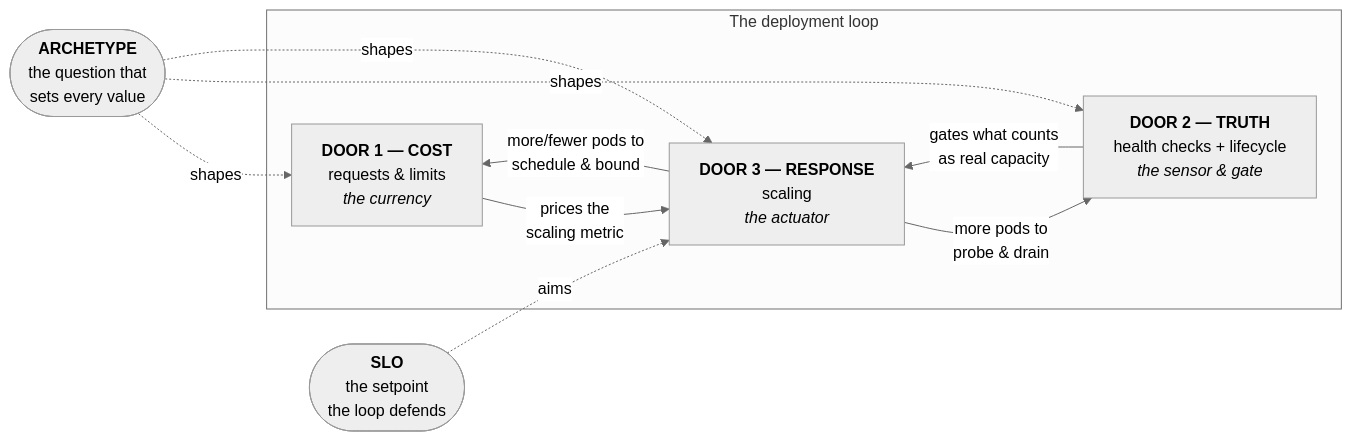
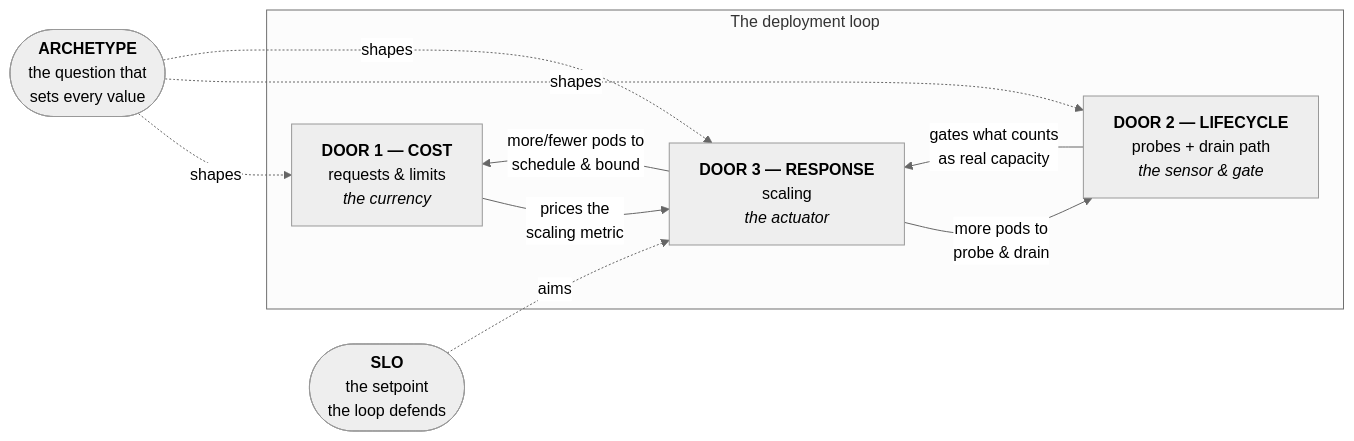
One commit to jamiegunn/k8s_soup_to_nuts changed the first of 4 diagrams in src/content/docs/start/three-doors.md. Above: the diagram before and after it, drawn with Mermaid (neutral theme). The commit also changed other lines of this file and 5 other files, not shown here.

First line of the commit message:
Rename Door 2 from "Truth" to "Lifecycle"

````diff
--- a/src/content/docs/start/three-doors.md
+++ b/src/content/docs/start/three-doors.md
@@ -44,18 +44,18 @@
 ```mermaid
 flowchart LR
     subgraph loop["The deployment loop"]
         cost["<b>DOOR 1 — COST</b><br/>requests & limits<br/><i>the currency</i>"]
-        truth["<b>DOOR 2 — TRUTH</b><br/>health checks + lifecycle<br/><i>the sensor &amp; gate</i>"]
+        life["<b>DOOR 2 — LIFECYCLE</b><br/>probes + drain path<br/><i>the sensor &amp; gate</i>"]
         resp["<b>DOOR 3 — RESPONSE</b><br/>scaling<br/><i>the actuator</i>"]
         cost -->|"prices the<br/>scaling metric"| resp
-        truth -->|"gates what counts<br/>as real capacity"| resp
+        life -->|"gates what counts<br/>as real capacity"| resp
         resp -->|"more/fewer pods to<br/>schedule &amp; bound"| cost
-        resp -->|"more pods to<br/>probe &amp; drain"| truth
+        resp -->|"more pods to<br/>probe &amp; drain"| life
     end
     slo(["<b>SLO</b><br/>the setpoint<br/>the loop defends"])
     arch(["<b>ARCHETYPE</b><br/>the question that<br/>sets every value"])
     slo -.->|"aims"| resp
     arch -.->|"shapes"| cost
-    arch -.->|"shapes"| truth
+    arch -.->|"shapes"| life
     arch -.->|"shapes"| resp
 ```
````
